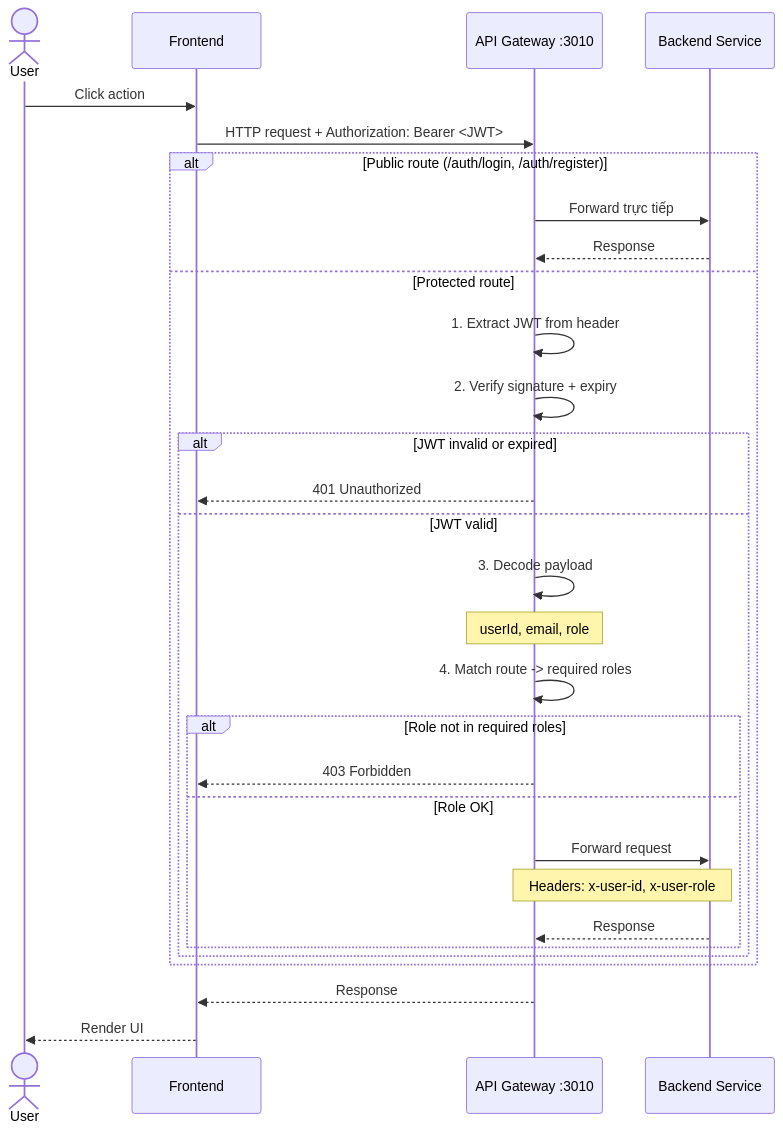
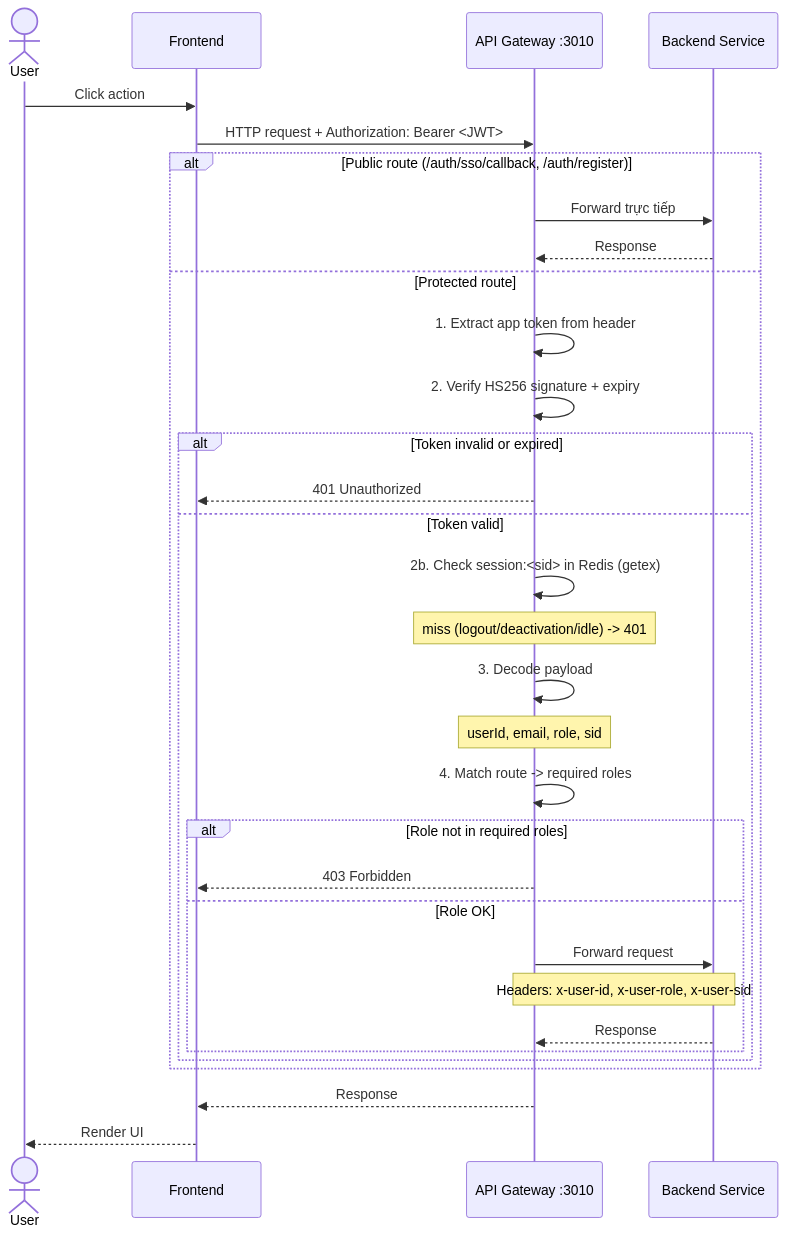
One commit to ndmthuan97/ERP-Prototype-Example changed the second of 3 diagrams in docs/architecture/rbac.md. Above: the diagram before and after it, drawn with Mermaid. The commit also changed other lines of this file and 200 other files, not shown here.

````diff
--- a/docs/architecture/rbac.md
+++ b/docs/architecture/rbac.md
@@ -63,35 +63,37 @@
 ```mermaid
 sequenceDiagram
     actor User
     participant FE as Frontend
     participant GW as API Gateway :3010
     participant Svc as Backend Service
 
     User->>FE: Click action
     FE->>GW: HTTP request + Authorization: Bearer <JWT>
 
-    alt Public route (/auth/login, /auth/register)
+    alt Public route (/auth/sso/callback, /auth/register)
         GW->>Svc: Forward trực tiếp
         Svc-->>GW: Response
     else Protected route
-        GW->>GW: 1. Extract JWT from header
-        GW->>GW: 2. Verify signature + expiry
-        alt JWT invalid or expired
+        GW->>GW: 1. Extract app token from header
+        GW->>GW: 2. Verify HS256 signature + expiry
+        alt Token invalid or expired
             GW-->>FE: 401 Unauthorized
-        else JWT valid
+        else Token valid
+            GW->>GW: 2b. Check session:<sid> in Redis (getex)
+            Note over GW: miss (logout/deactivation/idle) -> 401
             GW->>GW: 3. Decode payload
-            Note over GW: userId, email, role
+            Note over GW: userId, email, role, sid
             GW->>GW: 4. Match route -> required roles
             alt Role not in required roles
                 GW-->>FE: 403 Forbidden
             else Role OK
                 GW->>Svc: Forward request
-                Note over GW,Svc: Headers: x-user-id, x-user-role
+                Note over GW,Svc: Headers: x-user-id, x-user-role, x-user-sid
                 Svc-->>GW: Response
             end
         end
     end
 
     GW-->>FE: Response
     FE-->>User: Render UI
 ```
````
